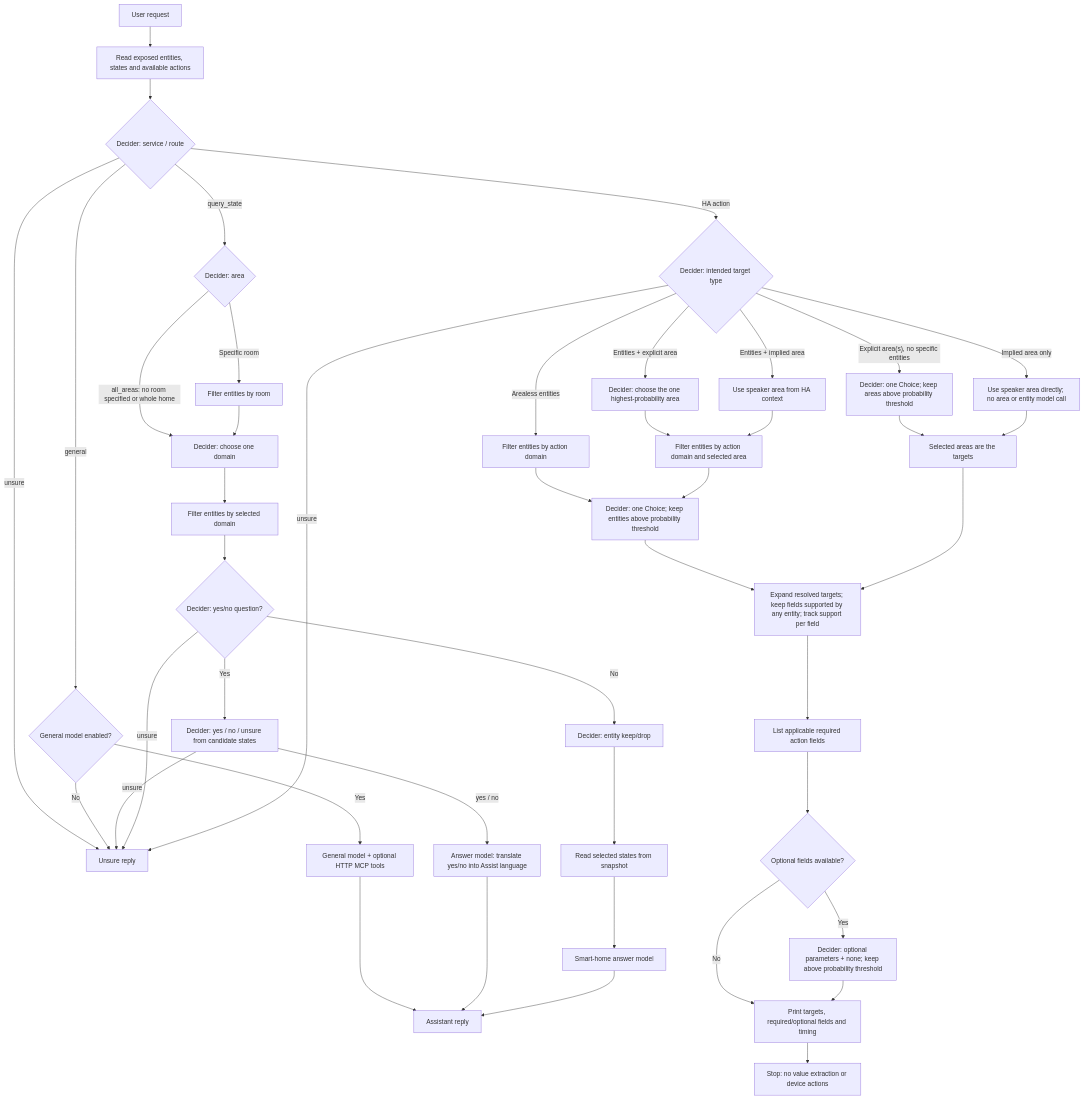
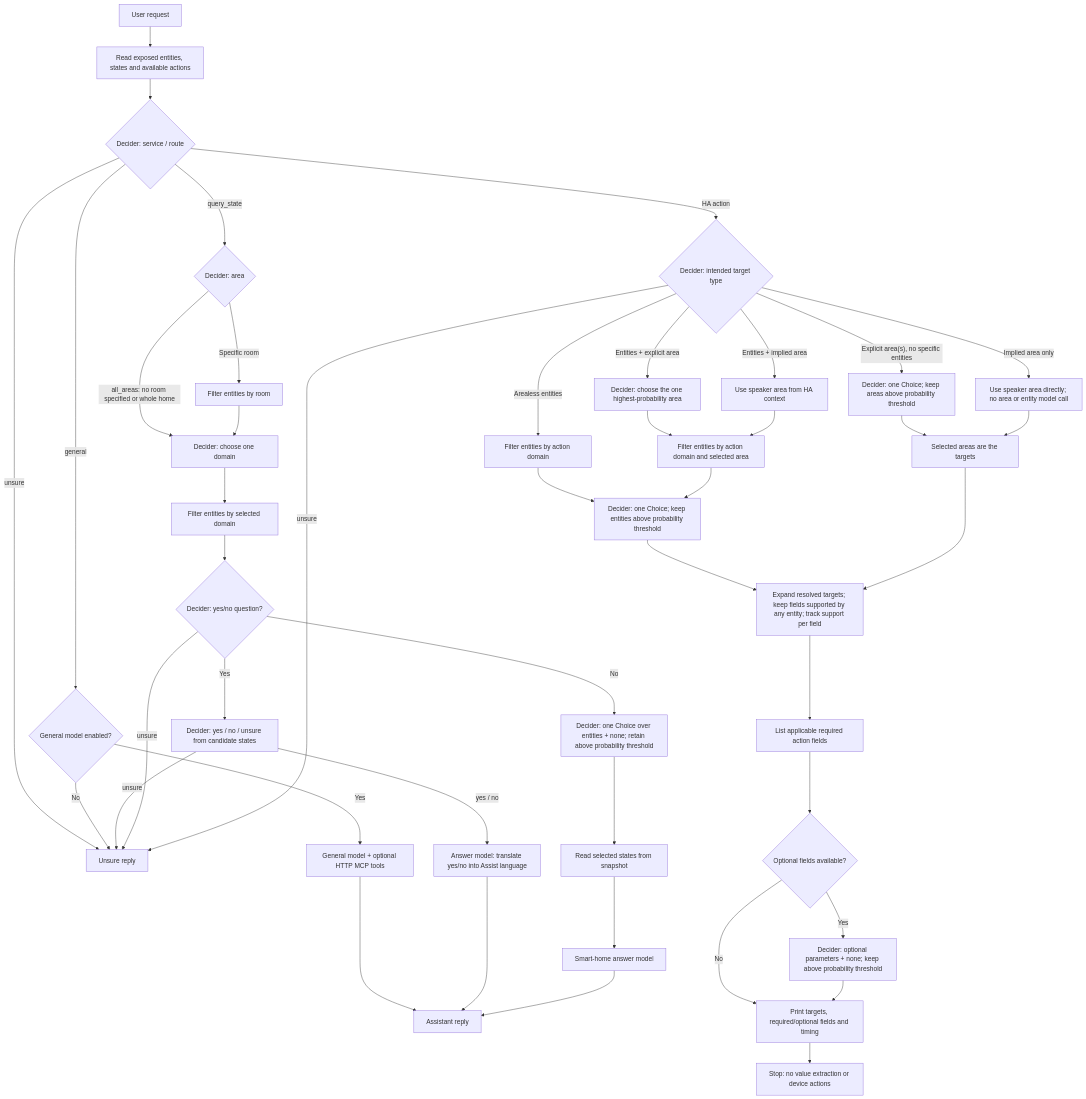
Before and after one commit to koriwi/GlowAssistant: the diagram in decision_flow.mmd, drawn with Mermaid. The commit also changed 12 other files, not shown here.

Commit message:
change query_state target selection to choice from drop/keep

```diff
--- a/decision_flow.mmd
+++ b/decision_flow.mmd
@@ -1,47 +1,47 @@
 flowchart TD
     Input["User request"] --> Snapshot["Read exposed entities, states and available actions"]
     Snapshot --> Service{"Decider: service / route"}
 
     Service -->|unsure| Unsure["Unsure reply"]
     Service -->|general| Enabled{"General model enabled?"}
     Enabled -->|No| Unsure
     Enabled -->|Yes| General["General model + optional HTTP MCP tools"]
     General --> Reply["Assistant reply"]
 
     Service -->|query_state| QueryArea{"Decider: area"}
     QueryArea -->|Specific room| Room["Filter entities by room"]
     QueryArea -->|"all_areas: no room specified or whole home"| Domains["Decider: choose one domain"]
     Room --> Domains
     Domains --> DomainEntities["Filter entities by selected domain"]
     DomainEntities --> QueryType{"Decider: yes/no question?"}
     QueryType -->|Yes| BinaryAnswer["Decider: yes / no / unsure from candidate states"]
     BinaryAnswer -->|unsure| Unsure
     BinaryAnswer -->|yes / no| Translate["Answer model: translate yes/no into Assist language"]
     Translate --> Reply
-    QueryType -->|No| QueryTargets["Decider: entity keep/drop"]
+    QueryType -->|No| QueryTargets["Decider: one Choice over entities + none; retain above probability threshold"]
     QueryType -->|unsure| Unsure
     QueryTargets --> States["Read selected states from snapshot"]
     States --> Answer["Smart-home answer model"]
     Answer --> Reply
 
     Service -->|HA action| Scope{"Decider: intended target type"}
     Scope -->|Arealess entities| DomainOnly["Filter entities by action domain"]
     Scope -->|"Entities + explicit area"| OneArea["Decider: choose the one highest-probability area"]
     OneArea --> DomainArea["Filter entities by action domain and selected area"]
     Scope -->|"Entities + implied area"| Speaker["Use speaker area from HA context"]
     Speaker --> DomainArea
     DomainOnly --> Entities["Decider: one Choice; keep entities above probability threshold"]
     DomainArea --> Entities
     Scope -->|"Explicit area(s), no specific entities"| Areas["Decider: one Choice; keep areas above probability threshold"]
     Scope -->|"Implied area only"| SpeakerOnly["Use speaker area directly; no area or entity model call"]
     Areas --> AreaTargets["Selected areas are the targets"]
     SpeakerOnly --> AreaTargets
     Scope -->|unsure| Unsure
     Entities --> Capabilities["Expand resolved targets; keep fields supported by any entity; track support per field"]
     AreaTargets --> Capabilities
     Capabilities --> Required["List applicable required action fields"]
     Required --> HasOptional{"Optional fields available?"}
     HasOptional -->|Yes| Parameters["Decider: optional parameters + none; keep above probability threshold"]
     HasOptional -->|No| Console["Print targets, required/optional fields and timing"]
     Parameters --> Console
     Console --> Stop["Stop: no value extraction or device actions"]
```
